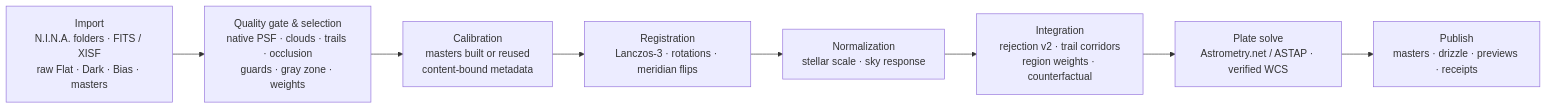
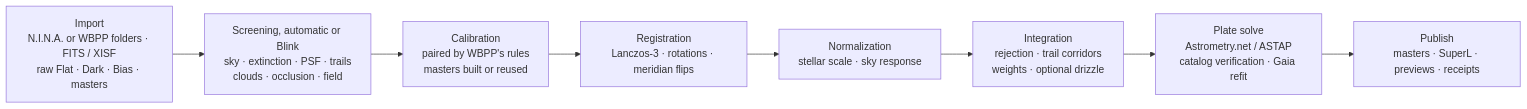
One commit to ShuoleiWang/Ultra-Fast-WBPP changed the diagram in README.md. Above: the diagram before and after it, drawn with Mermaid. The commit also changed other lines of this file and 182 other files, not shown here.

First line of the commit message:
fix: calibration pairs by exposure and one filter identity, exFAT disks and large projects run, cancel cleans up; raw-flat projects 40 % faster; guides, CI and release repaired (#70)

````diff
--- a/README.md
+++ b/README.md
@@ -88,10 +161,10 @@
 ```mermaid
 flowchart LR
-  A["Import<br/>N.I.N.A. folders · FITS / XISF<br/>raw Flat · Dark · Bias · masters"] --> B["Quality gate & selection<br/>native PSF · clouds · trails · occlusion<br/>guards · gray zone · weights"]
-  B --> C["Calibration<br/>masters built or reused<br/>content-bound metadata"]
+  A["Import<br/>N.I.N.A. or WBPP folders · FITS / XISF<br/>raw Flat · Dark · Bias · masters"] --> B["Screening, automatic or Blink<br/>sky · extinction · PSF · trails<br/>clouds · occlusion · field"]
+  B --> C["Calibration<br/>paired by WBPP's rules<br/>masters built or reused"]
   C --> D["Registration<br/>Lanczos-3 · rotations · meridian flips"]
   D --> E["Normalization<br/>stellar scale · sky response"]
-  E --> F["Integration<br/>rejection v2 · trail corridors<br/>region weights · counterfactual"]
-  F --> G["Plate solve<br/>Astrometry.net / ASTAP · verified WCS"]
-  G --> H["Publish<br/>masters · drizzle · previews · receipts"]
+  E --> F["Integration<br/>rejection · trail corridors<br/>weights · optional drizzle"]
+  F --> G["Plate solve<br/>Astrometry.net / ASTAP<br/>catalog verification · Gaia refit"]
+  G --> H["Publish<br/>masters · SuperL · previews · receipts"]
 ```
````
